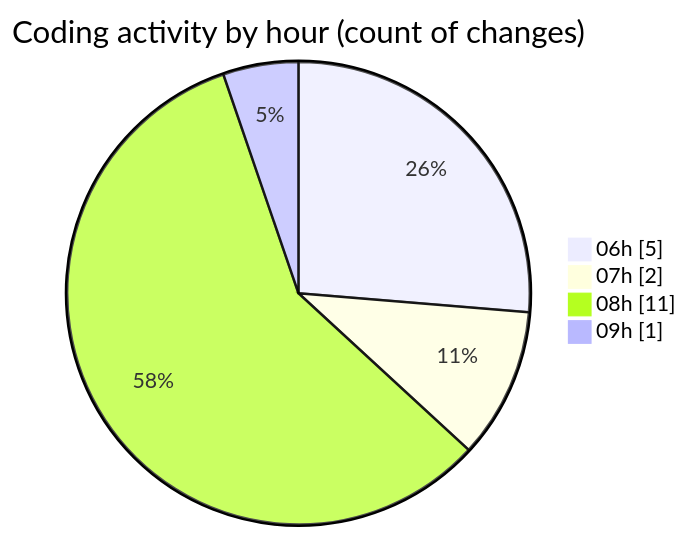
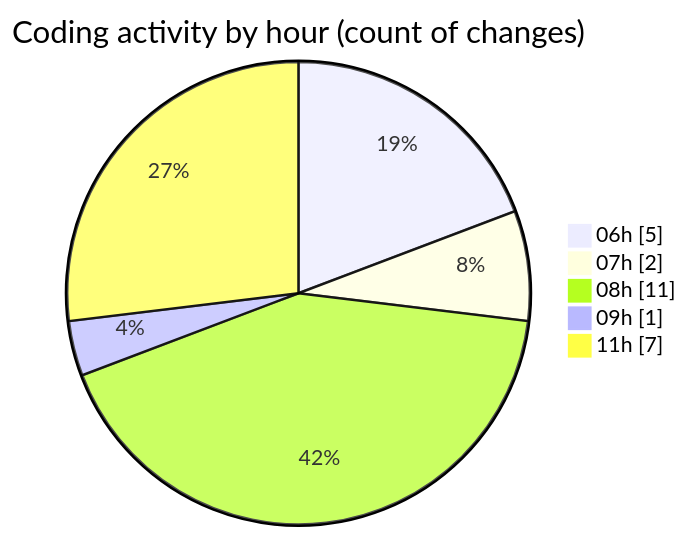
The second of 2 diagrams in 2025-04-17/zeytoon/README.md (vahidmafi/code-tracking), drawn with Mermaid before and after one commit. The commit also changed other lines of this file and 1 other file, not shown here.

````diff
--- a/2025-04-17/zeytoon/README.md
+++ b/2025-04-17/zeytoon/README.md
@@ -31,8 +33,9 @@
 ```mermaid
 pie showData
 title Coding activity by hour (count of changes)
 "06h" : 5
 "07h" : 2
 "08h" : 11
 "09h" : 1
+"11h" : 7
 ```
````
